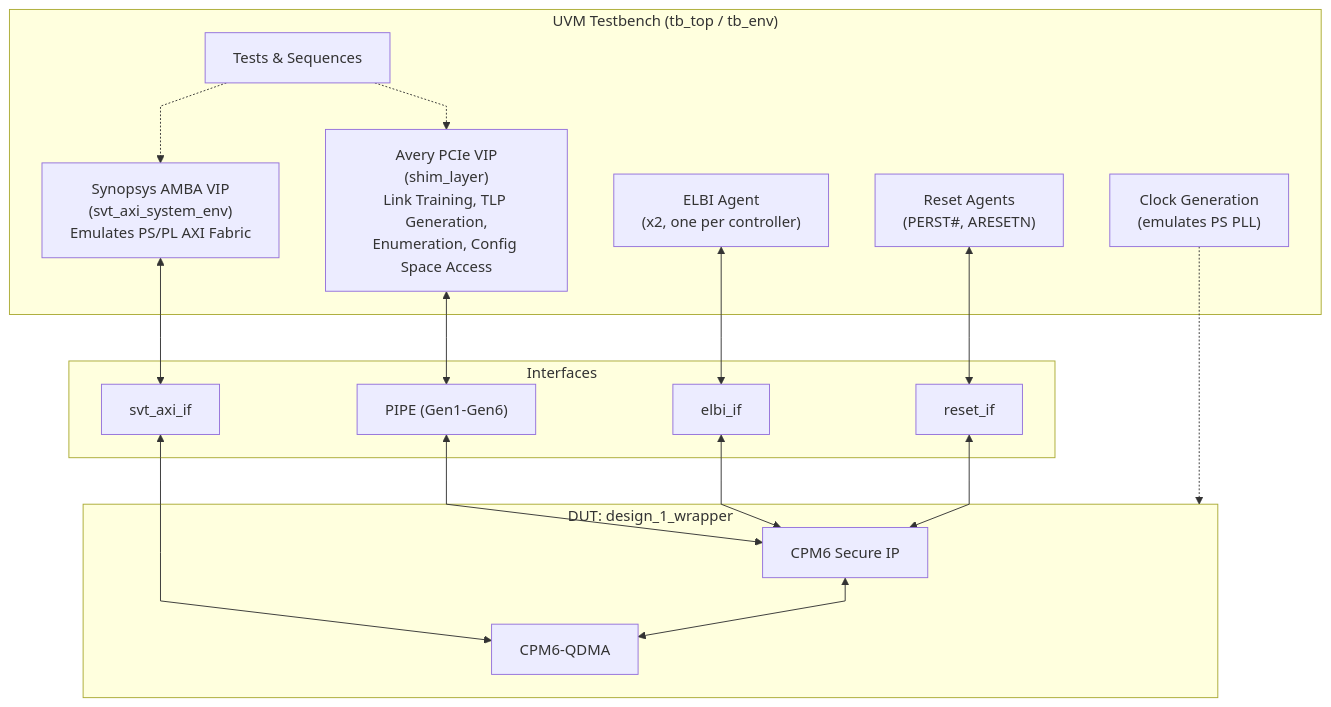
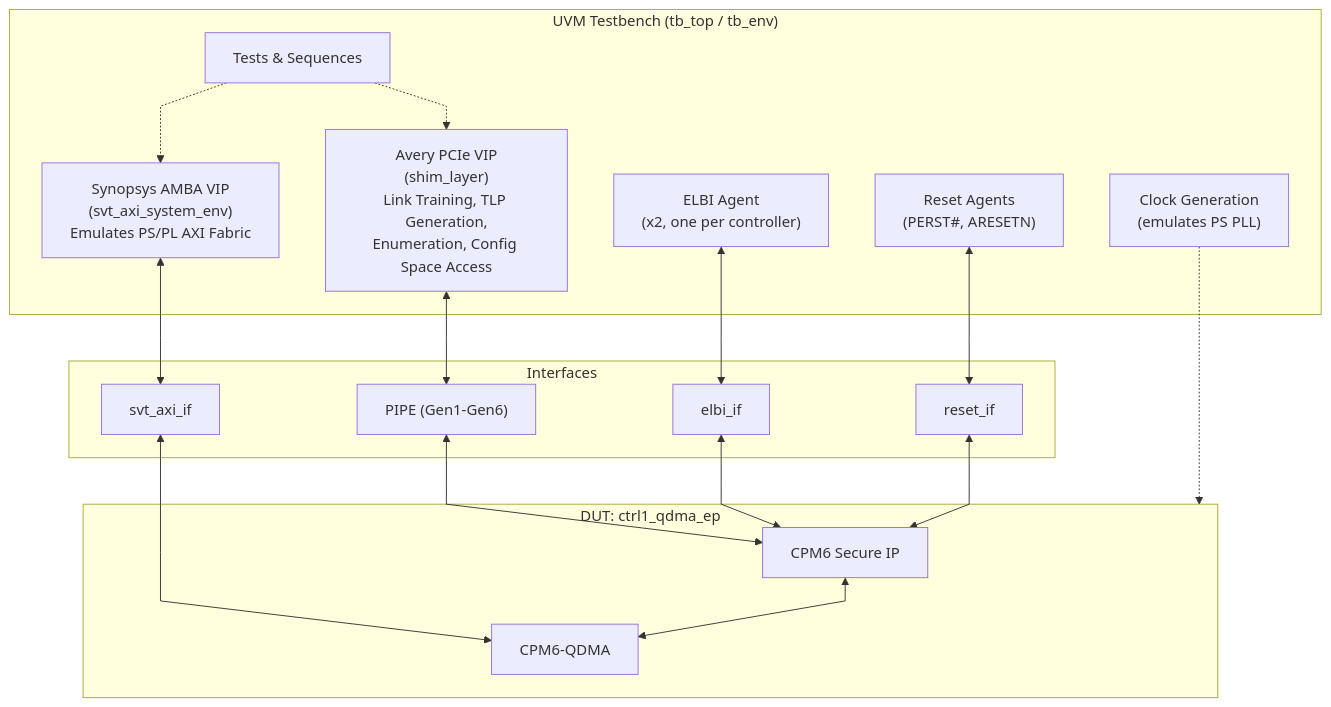
The first of 3 diagrams in ced/Xilinx/IPI/Versal_CPM6_QDMA_Design/README.md (Xilinx/XilinxCEDStore), drawn with Mermaid before and after one commit. The commit also changed other lines of this file and 273 other files, not shown here.

First line of the commit message:
CR-1283227 - QDMA CED: streaming design, SoC platform and encrypted IP for 2026.1.1

````diff
--- a/ced/Xilinx/IPI/Versal_CPM6_QDMA_Design/README.md
+++ b/ced/Xilinx/IPI/Versal_CPM6_QDMA_Design/README.md
@@ -96,38 +98,38 @@
 ```mermaid
 %%{init: {'flowchart': {'curve': 'linear'}}}%%
 flowchart TB
     subgraph TBENV["UVM Testbench (tb_top / tb_env)"]
         AVERY["Avery PCIe VIP<br/>(shim_layer)<br/>Link Training, TLP Generation,<br/>Enumeration, Config Space Access"]
         AMBA["Synopsys AMBA VIP<br/>(svt_axi_system_env)<br/>Emulates PS/PL AXI Fabric"]
         ELBIAgt["ELBI Agent<br/>(x2, one per controller)"]
         RESET["Reset Agents<br/>(PERST#, ARESETN)"]
         CLK["Clock Generation<br/>(emulates PS PLL)"]
         TESTS["Tests & Sequences"]
     end
 
     subgraph IF["Interfaces"]
         PIPE["PIPE (Gen1-Gen6)"]
         AXIIF["svt_axi_if"]
         ELBIIF["elbi_if"]
         RSTIF["reset_if"]
     end
 
-    subgraph DUT["DUT: design_1_wrapper"]
+    subgraph DUT["DUT: ctrl1_qdma_ep"]
         CPM6SEC["CPM6 Secure IP"]
         QDMAB["CPM6-QDMA"]
     end
 
     TESTS -.-> AVERY
     TESTS -.-> AMBA
 
     AVERY <--> PIPE
     PIPE <--> CPM6SEC
     AMBA <--> AXIIF
     AXIIF <--> QDMAB
     ELBIAgt <--> ELBIIF
     ELBIIF <--> CPM6SEC
     RESET <--> RSTIF
     RSTIF <--> CPM6SEC
     CLK -.-> DUT
     CPM6SEC <--> QDMAB
 ```
````
